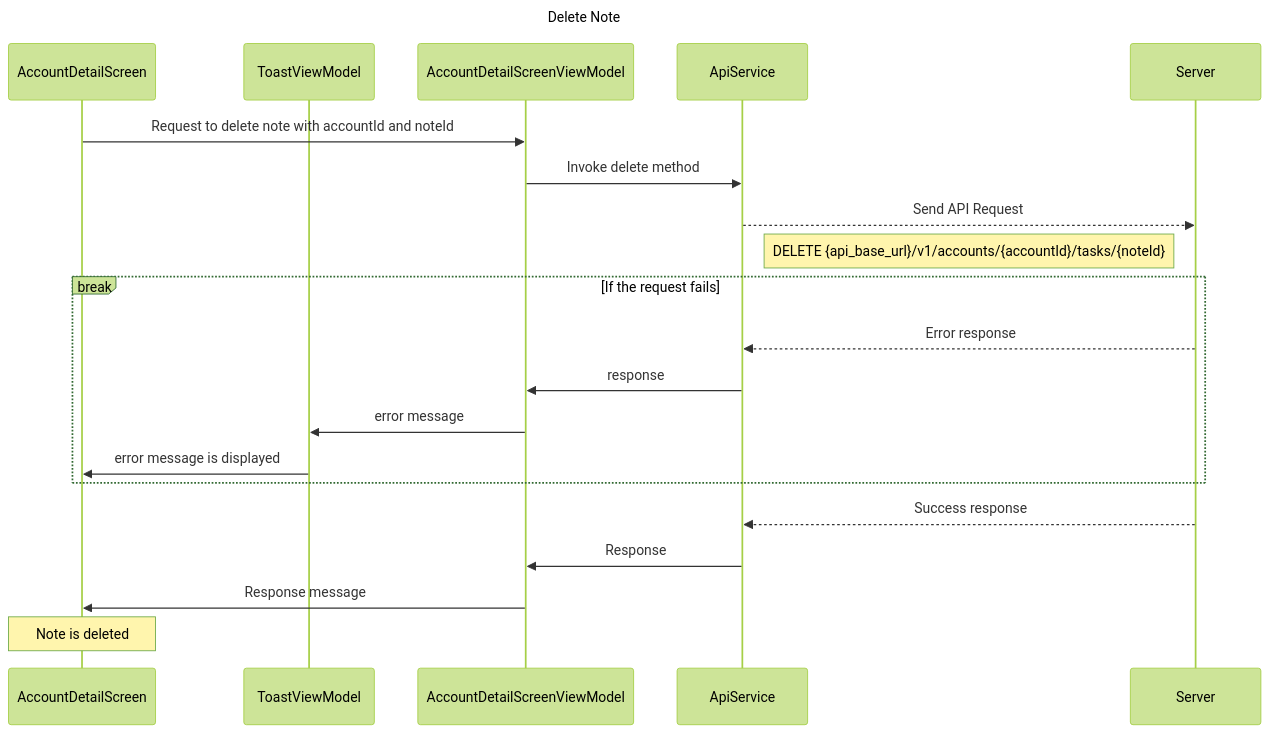
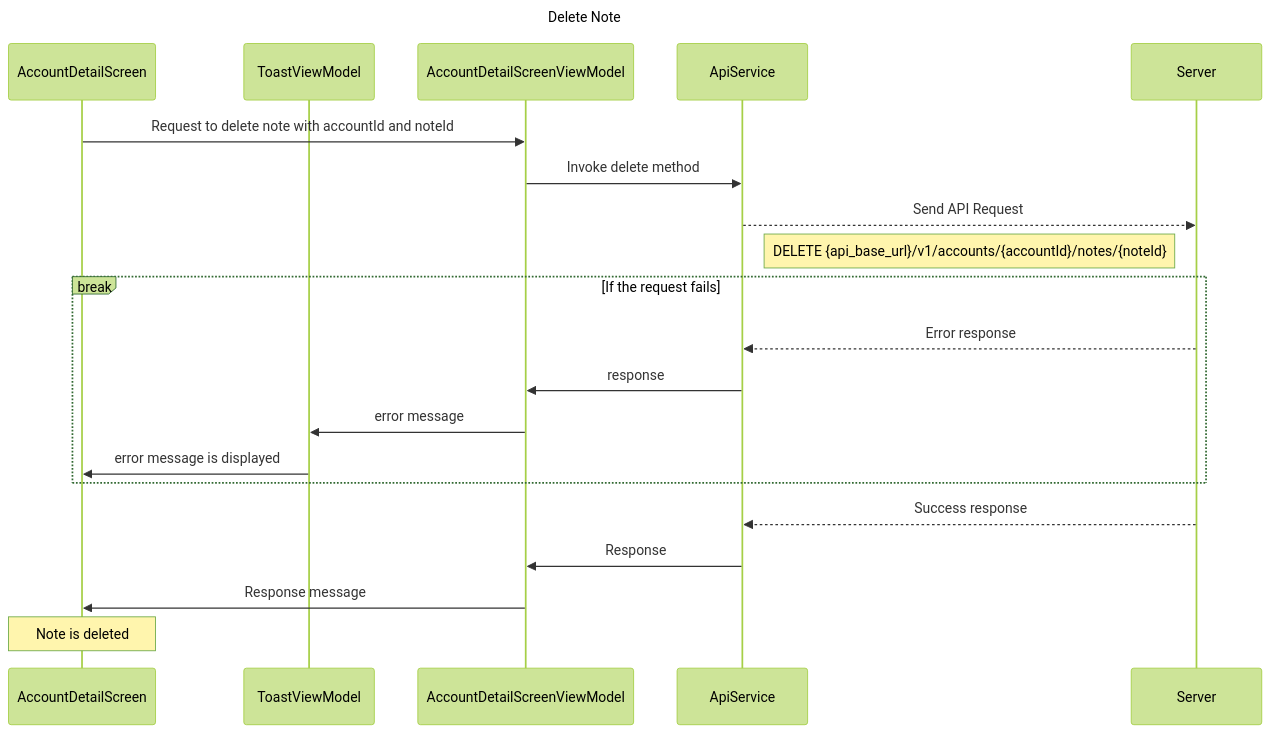
Before and after one commit to TrueSparrowSystems/AI-SalesSparrow-Docs: the diagram in flowDiagrams/IOS/DeleteNote.mermaid, drawn with Mermaid (forest theme). The commit also changed 3 other files, not shown here.

```diff
--- a/flowDiagrams/IOS/DeleteNote.mermaid
+++ b/flowDiagrams/IOS/DeleteNote.mermaid
@@ -1,26 +1,25 @@
 sequenceDiagram
     title Delete Note
 
     participant ADS as AccountDetailScreen
     participant TVM as ToastViewModel
     participant ADSVM as AccountDetailScreenViewModel
     participant AS as ApiService
     participant S as Server
 
-
     ADS->>ADSVM: Request to delete note with accountId and noteId
     ADSVM->>AS: Invoke delete method
     AS-->>S: Send API Request
-    note right of AS: DELETE {api_base_url}/v1/accounts/{accountId}/tasks/{noteId}
+    note right of AS: DELETE {api_base_url}/v1/accounts/{accountId}/notes/{noteId}
 
     break If the request fails
         S-->>AS: Error response
         AS->>ADSVM: response
         ADSVM->>TVM: error message
         TVM->>ADS: error message is displayed
     end
 
     S-->>AS: Success response
     AS->>ADSVM: Response
     ADSVM->>ADS: Response message
     note over ADS: Note is deleted
```
